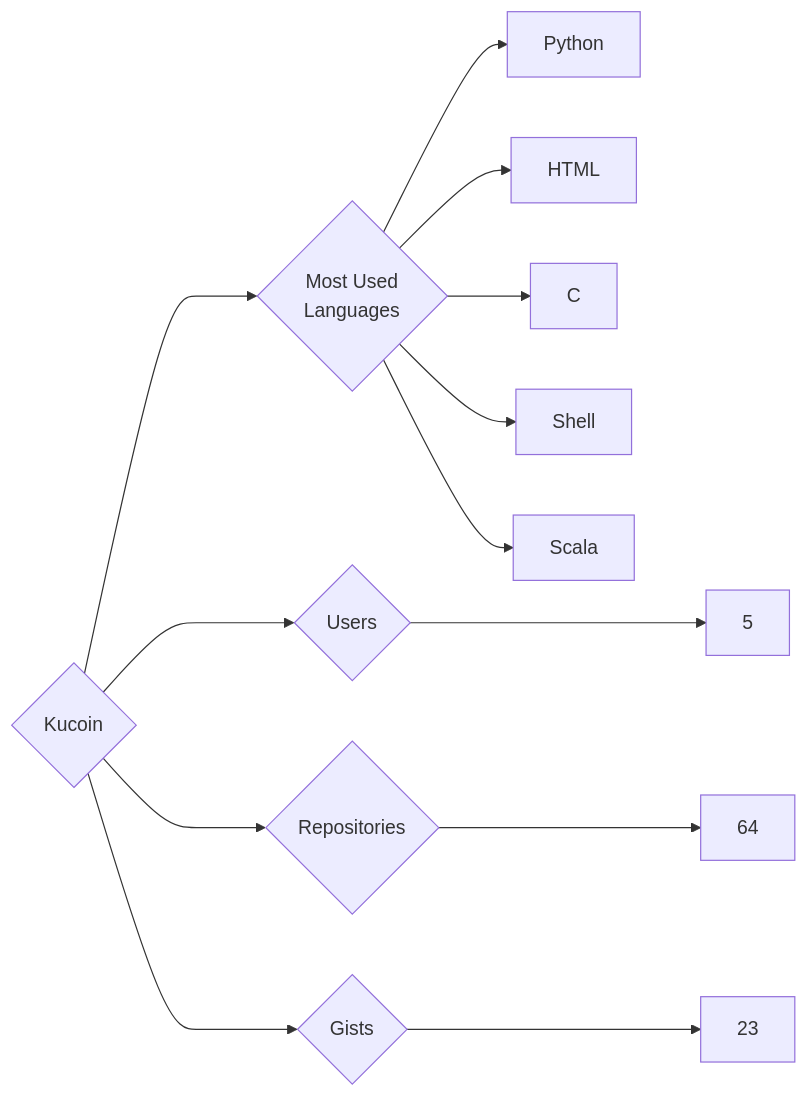
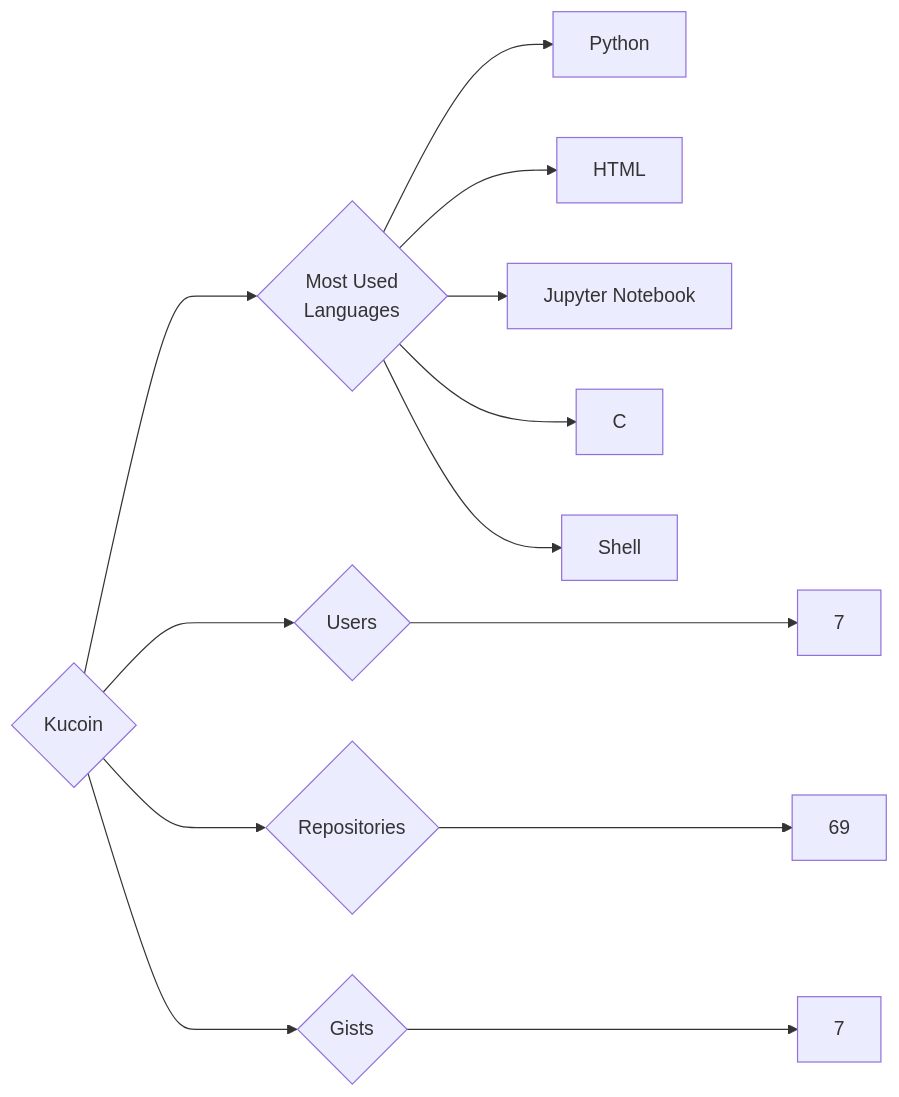
Before and after one commit to trickest/insiders: the diagram in targets/Kucoin/README.md, drawn with Mermaid. The commit also changed 1496 other files, not shown here.

````diff
--- a/targets/Kucoin/README.md
+++ b/targets/Kucoin/README.md
@@ -3,13 +3,13 @@
 ```mermaid
 graph LR
 COMPANY_NAME{Kucoin}
-COMPANY_NAME ---> U{Users} ---> UN[5]
-COMPANY_NAME ---> R{Repositories} ---> RN[64]
-COMPANY_NAME ---> G{Gists} ---> GN[23]
+COMPANY_NAME ---> U{Users} ---> UN[7]
+COMPANY_NAME ---> R{Repositories} ---> RN[69]
+COMPANY_NAME ---> G{Gists} ---> GN[7]
 COMPANY_NAME ---> ML{Most Used<br>Languages}
 ML --> Python[Python]
 ML --> HTML[HTML]
+ML --> Jupyter_Notebook[Jupyter Notebook]
 ML --> C[C]
 ML --> Shell[Shell]
-ML --> Scala[Scala]
 ```
````
